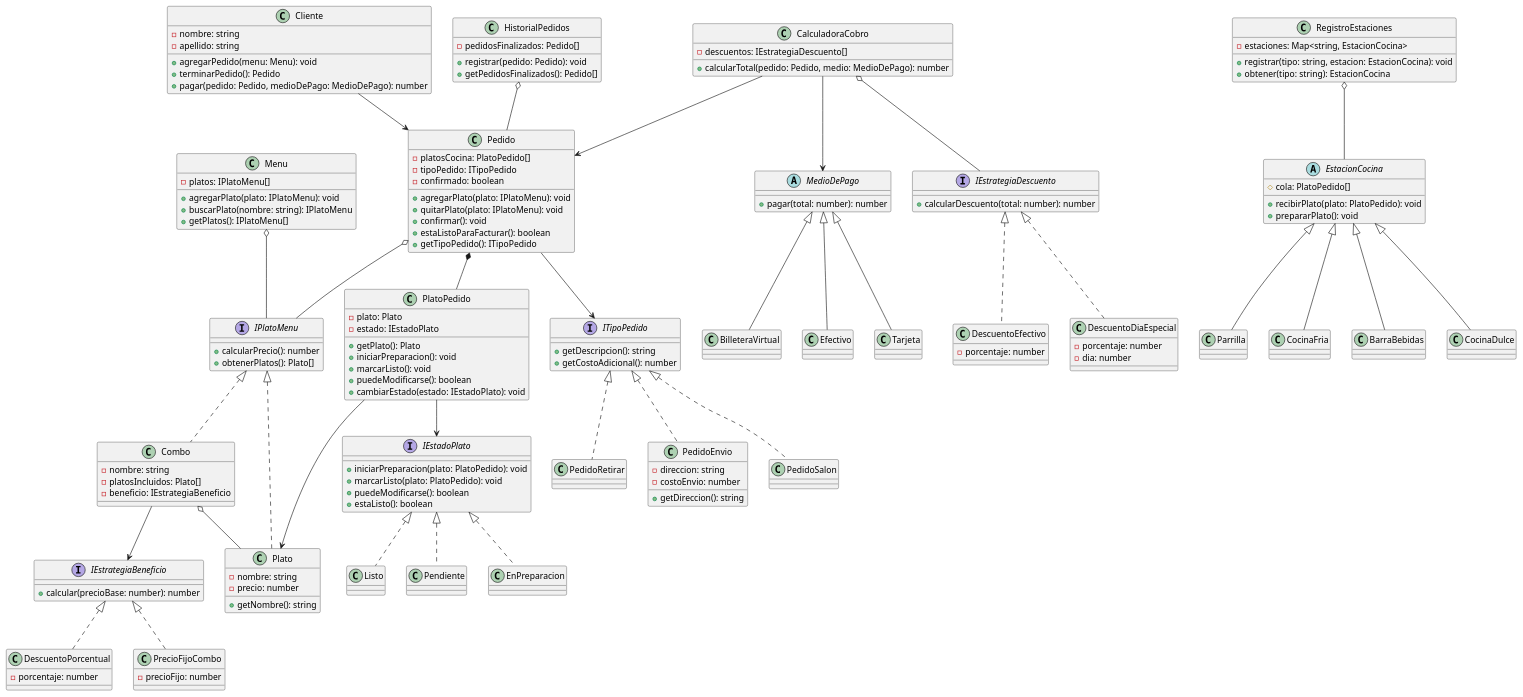
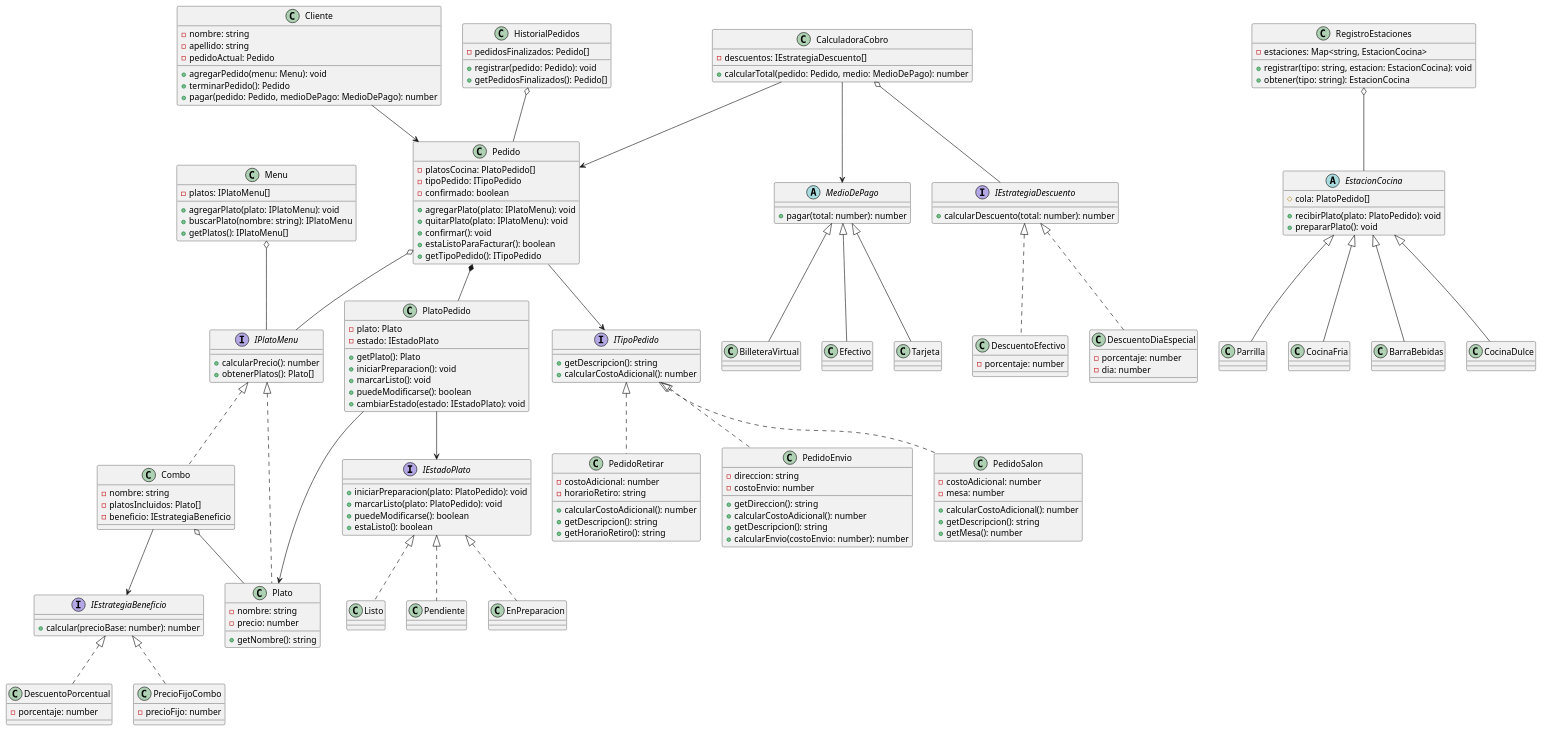
Before and after one commit to CoronelAlan/tp_progra2_grupo4: the diagram in diagrama/clase.puml, drawn with PlantUML. The commit also changed 5 other files, not shown here.

```diff
--- a/diagrama/clase.puml
+++ b/diagrama/clase.puml
@@ -3,6 +3,7 @@
 class Cliente {
     - nombre: string
     - apellido: string
+    - pedidoActual: Pedido
 
     + agregarPedido(menu: Menu): void
     + terminarPedido(): Pedido
@@ -81,14 +82,25 @@
 
 interface ITipoPedido {
     + getDescripcion(): string
-    + getCostoAdicional(): number
+    + calcularCostoAdicional(): number
 }
 
 class PedidoSalon {
+    - costoAdicional: number
+    - mesa: number
+    
+    + calcularCostoAdicional(): number
+    + getDescripcion(): string
+    + getMesa(): number
 }
 
 class PedidoRetirar {
-    
+    - costoAdicional: number
+    - horarioRetiro: string
+
+    + calcularCostoAdicional(): number
+    + getDescripcion(): string
+    + getHorarioRetiro(): string
 }
 
 class PedidoEnvio {
@@ -96,6 +108,9 @@
     - costoEnvio: number
 
     + getDireccion(): string
+    + calcularCostoAdicional(): number
+    + getDescripcion(): string
+    + calcularEnvio(costoEnvio: number): number
 }
 
 ITipoPedido <|.. PedidoSalon
```
